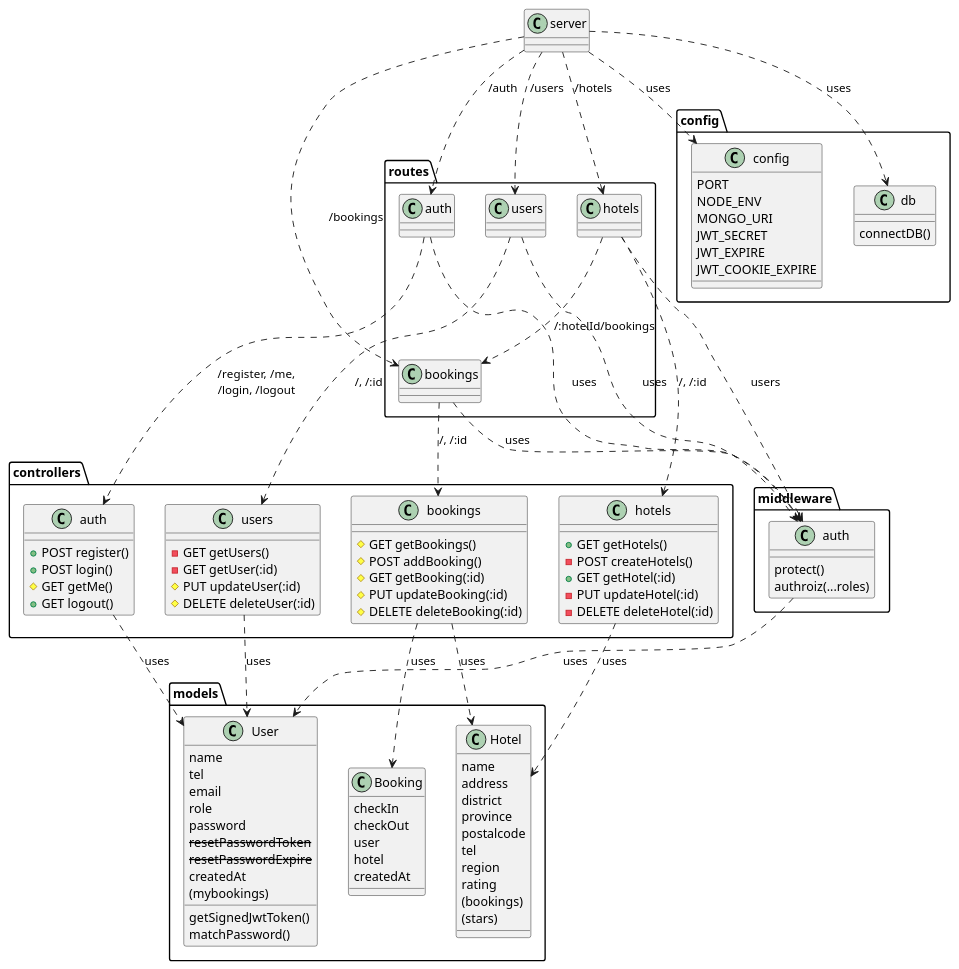
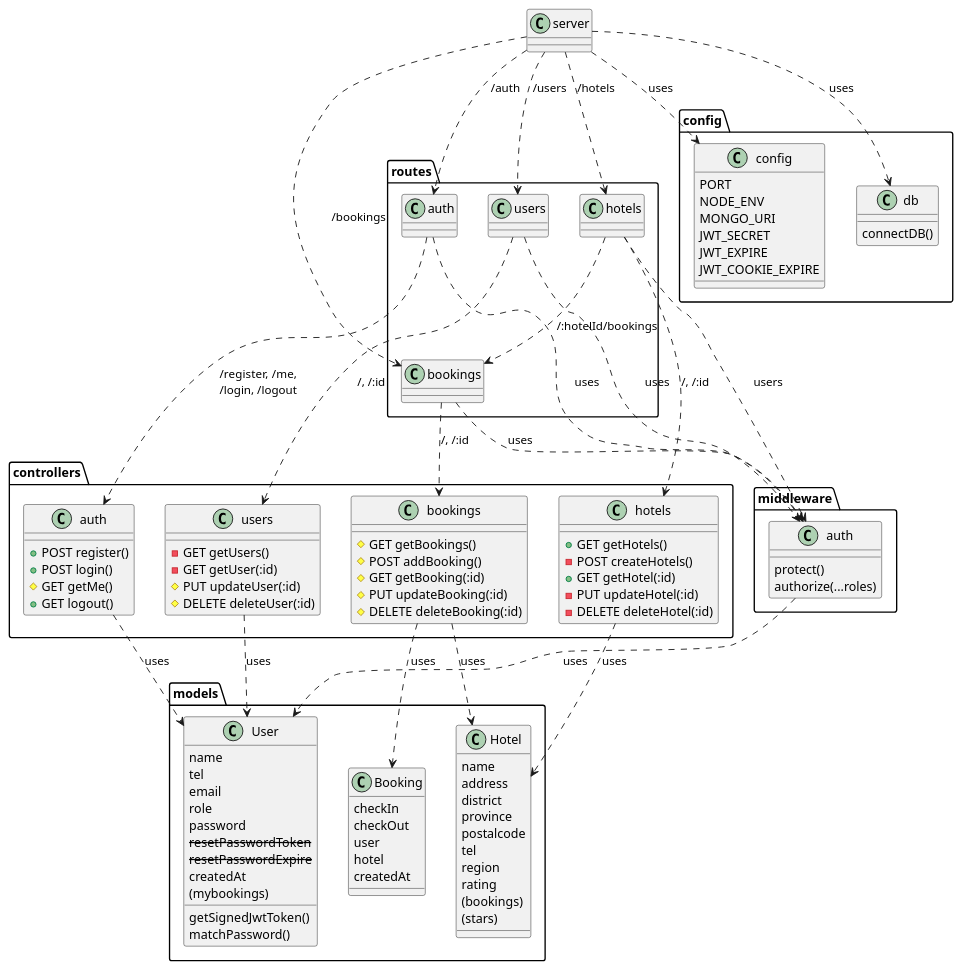
The diagram in diagrams/class.puml (2110503TACEDT66/presentation-day-1-groupback), drawn with PlantUML before and after one commit. The commit also changed 4 other files, not shown here.

```diff
--- a/diagrams/class.puml
+++ b/diagrams/class.puml
@@ -1,101 +1,101 @@
 @startuml class
 class controllers.auth {
     + POST register()
     + POST login()
     # GET getMe()
     + GET logout()
 }
 class controllers.bookings {
     # GET getBookings()
     # POST addBooking()
     # GET getBooking(:id)
     # PUT updateBooking(:id)
     # DELETE deleteBooking(:id)
 }
 class controllers.hotels {
     + GET getHotels()
     - POST createHotels()
     + GET getHotel(:id)
     - PUT updateHotel(:id)
     - DELETE deleteHotel(:id)
 }
 class controllers.users {
     - GET getUsers()
     - GET getUser(:id)
     # PUT updateUser(:id)
     # DELETE deleteUser(:id)
 }
 class middleware.auth {
     protect()
-    authroiz(...roles)
+    authorize(...roles)
 }
 class models.Booking {
     checkIn
     checkOut
     user
     hotel
     createdAt
 }
 class models.Hotel {
     name
     address
     district
     province
     postalcode
     tel
     region
     rating
     {field}(bookings)
     {field}(stars)
 }
 class models.User {
     name
     tel
     email
     role
     password
     <strike>resetPasswordToken</strike>
     <strike>resetPasswordExpire</strike>
     createdAt
     {field}(mybookings)
     getSignedJwtToken()
     matchPassword()
 }
 class routes.auth
 class routes.bookings
 class routes.hotels
 class routes.users
 class server
 class config.config {
     PORT
     NODE_ENV
     MONGO_URI
     JWT_SECRET
     JWT_EXPIRE
     JWT_COOKIE_EXPIRE
 }
 class config.db {
     connectDB()
 }
 server ..> config.config : uses
 server ..> config.db : uses
 server ..> routes.hotels : /hotels
 server ..> routes.auth : /auth
 server ..> routes.bookings : /bookings
 server ..> routes.users : /users
 routes.auth ..> controllers.auth : /register, /me,\n/login, /logout
 routes.auth ..> middleware.auth : uses
 routes.bookings ..> controllers.bookings : /, /:id
 routes.bookings ..> middleware.auth : uses
 routes.hotels ..> controllers.hotels : /, /:id
 routes.hotels ..> routes.bookings : /:hotelId/bookings
 routes.hotels ..> middleware.auth : users
 routes.users ..> controllers.users : /, /:id
 routes.users ..> middleware.auth : uses
 middleware.auth ..> models.User : uses
 controllers.auth ..> models.User : uses
 controllers.bookings ..> models.Booking : uses
 controllers.bookings ..> models.Hotel : uses
 controllers.hotels ..> models.Hotel : uses
 controllers.users ..> models.User : uses
 @enduml
```
